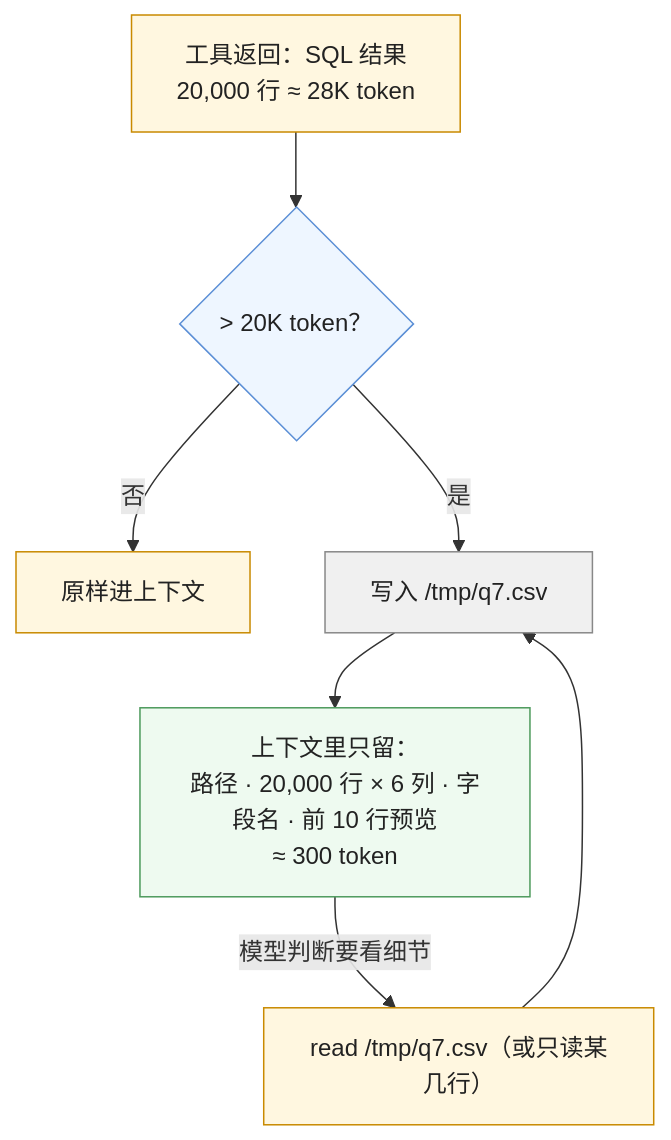
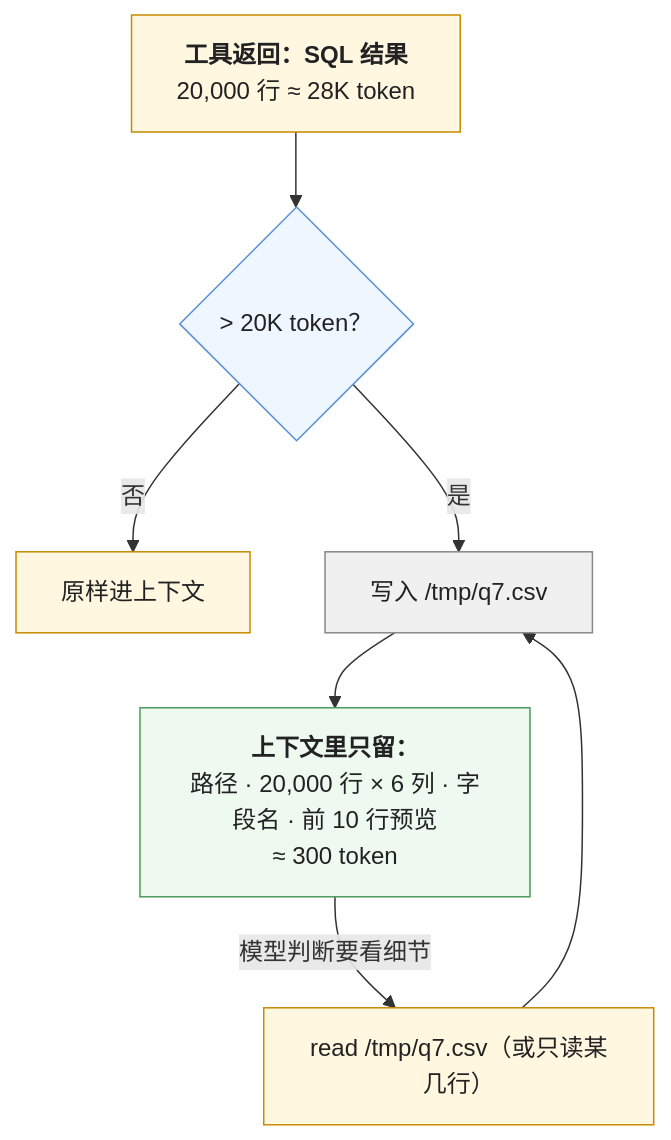
One commit to arganzheng/arganzheng.github.com changed the fourth of 6 diagrams in _posts/2026-10-09-context-budgeting-offloading-and-compaction.md. Above: the diagram before and after it, drawn with Mermaid. The commit also changed other lines of this file and 6 other files, not shown here.

First line of the commit message:
Prompt 与上下文工程：模型这一步该看到什么：Mermaid 多行方框的首行标为标题（7 篇）

````diff
--- a/_posts/2026-10-09-context-budgeting-offloading-and-compaction.md
+++ b/_posts/2026-10-09-context-budgeting-offloading-and-compaction.md
@@ -128,18 +128,18 @@
 ```mermaid
 %% 图：卸载 = 可恢复的压缩——一次 SQL 返回 28K token，超过 20K 阈值就写进文件，上下文里只留路径 + 行数 / 字段名 + 前 10 行预览（约 300 token）；模型看预览判断要不要读回来，需要时用路径取回全部，内容一个字不丢
 flowchart TB
-    T["工具返回：SQL 结果<br/>20,000 行 ≈ 28K token"] --> Q{"> 20K token？"}
+    T["<b>工具返回：SQL 结果</b><br/>20,000 行 ≈ 28K token"] --> Q{"> 20K token？"}
     Q -->|"否"| IN["原样进上下文"]
     Q -->|"是"| W["写入 /tmp/q7.csv"]
-    W --> REF["上下文里只留：<br/>路径 · 20,000 行 × 6 列 · 字段名 · 前 10 行预览<br/>≈ 300 token"]
+    W --> REF["<b>上下文里只留：</b><br/>路径 · 20,000 行 × 6 列 · 字段名 · 前 10 行预览<br/>≈ 300 token"]
     REF -->|"模型判断要看细节"| RD["read /tmp/q7.csv（或只读某几行）"]
     RD --> W
     classDef step fill:#fff7e0,stroke:#c98a00,color:#222
     classDef dec fill:#eef6ff,stroke:#5b8fd6,color:#222
     classDef ok fill:#eefaf0,stroke:#4d9a5c,color:#222
     classDef ext fill:#f0f0f0,stroke:#888,color:#222
     class T,IN,RD step
     class Q dec
     class REF ok
     class W ext
 ```
````
